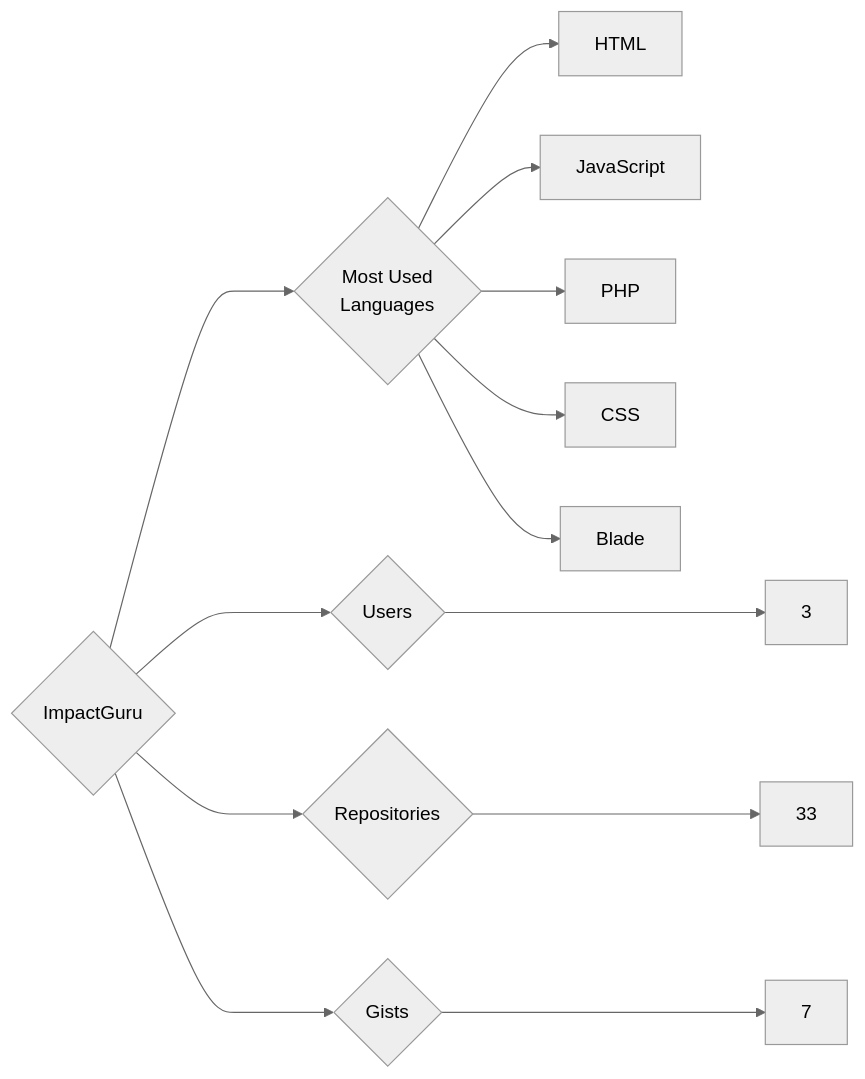
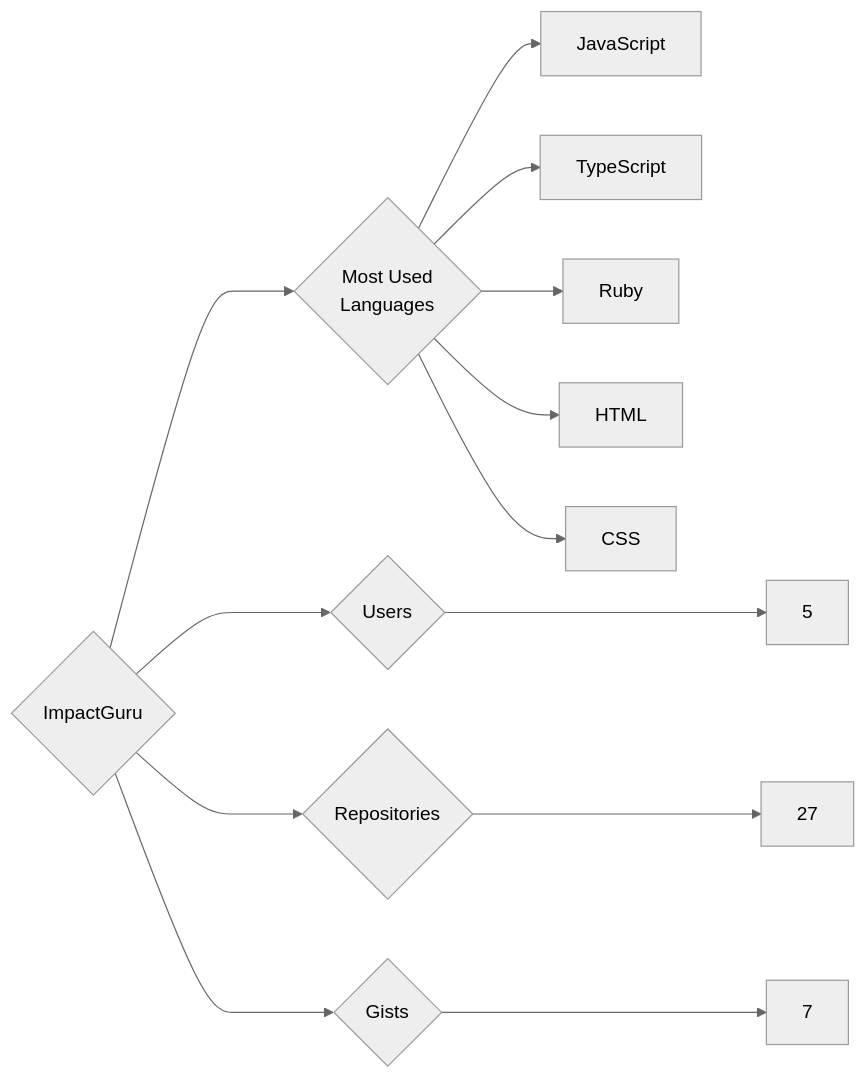
One commit to trickest/insiders changed the diagram in targets/ImpactGuru/README.md. Above: the diagram before and after it, drawn with Mermaid (neutral theme). The commit also changed 1149 other files, not shown here.

````diff
--- a/targets/ImpactGuru/README.md
+++ b/targets/ImpactGuru/README.md
@@ -3,13 +3,13 @@
 ```mermaid
 graph LR
 COMPANY_NAME{ImpactGuru}
-COMPANY_NAME ---> U{Users} ---> UN[3]
-COMPANY_NAME ---> R{Repositories} ---> RN[33]
+COMPANY_NAME ---> U{Users} ---> UN[5]
+COMPANY_NAME ---> R{Repositories} ---> RN[27]
 COMPANY_NAME ---> G{Gists} ---> GN[7]
 COMPANY_NAME ---> ML{Most Used<br>Languages}
+ML --> JavaScript[JavaScript]
+ML --> TypeScript[TypeScript]
+ML --> Ruby[Ruby]
 ML --> HTML[HTML]
-ML --> JavaScript[JavaScript]
-ML --> PHP[PHP]
 ML --> CSS[CSS]
-ML --> Blade[Blade]
 ```
````
